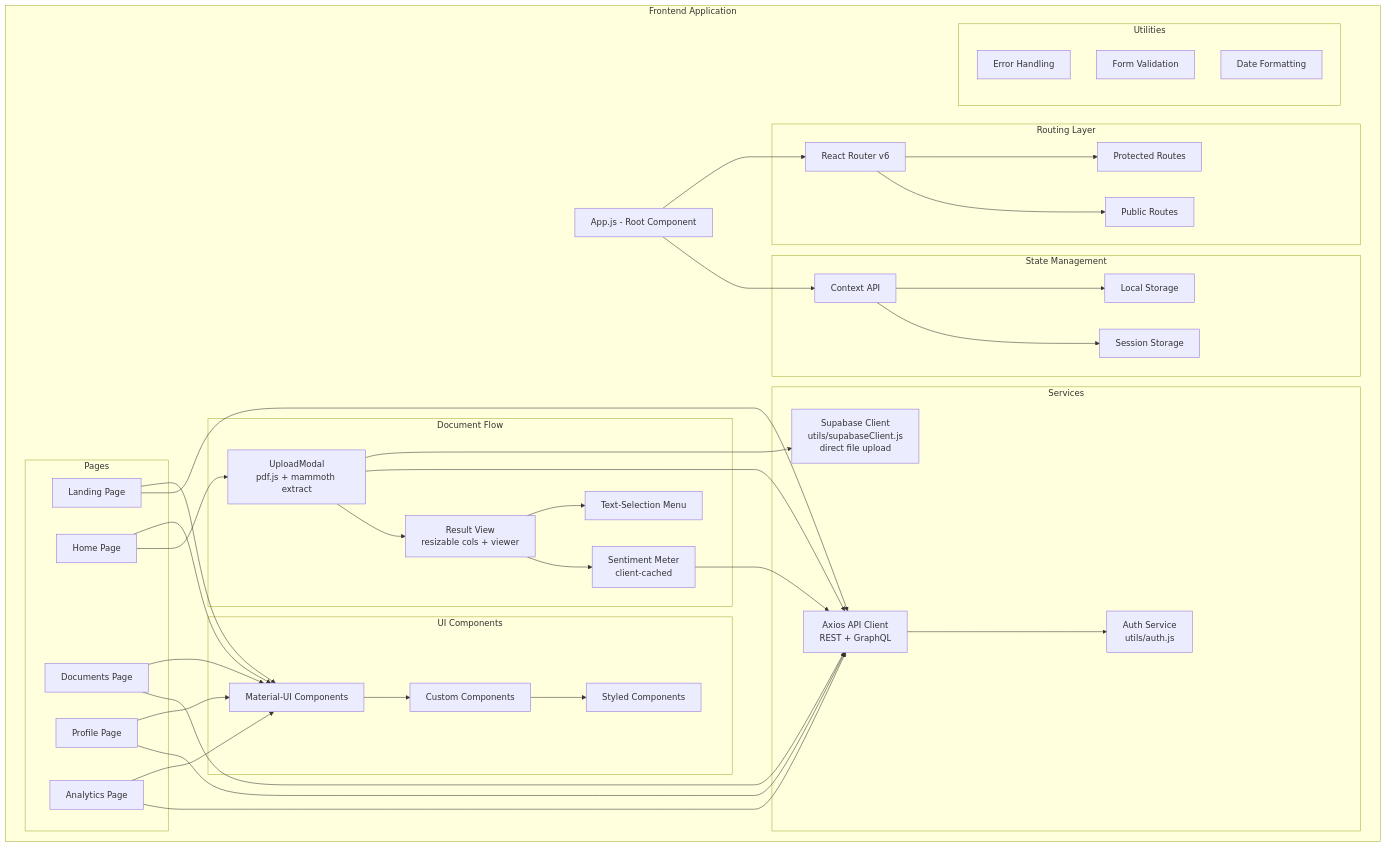
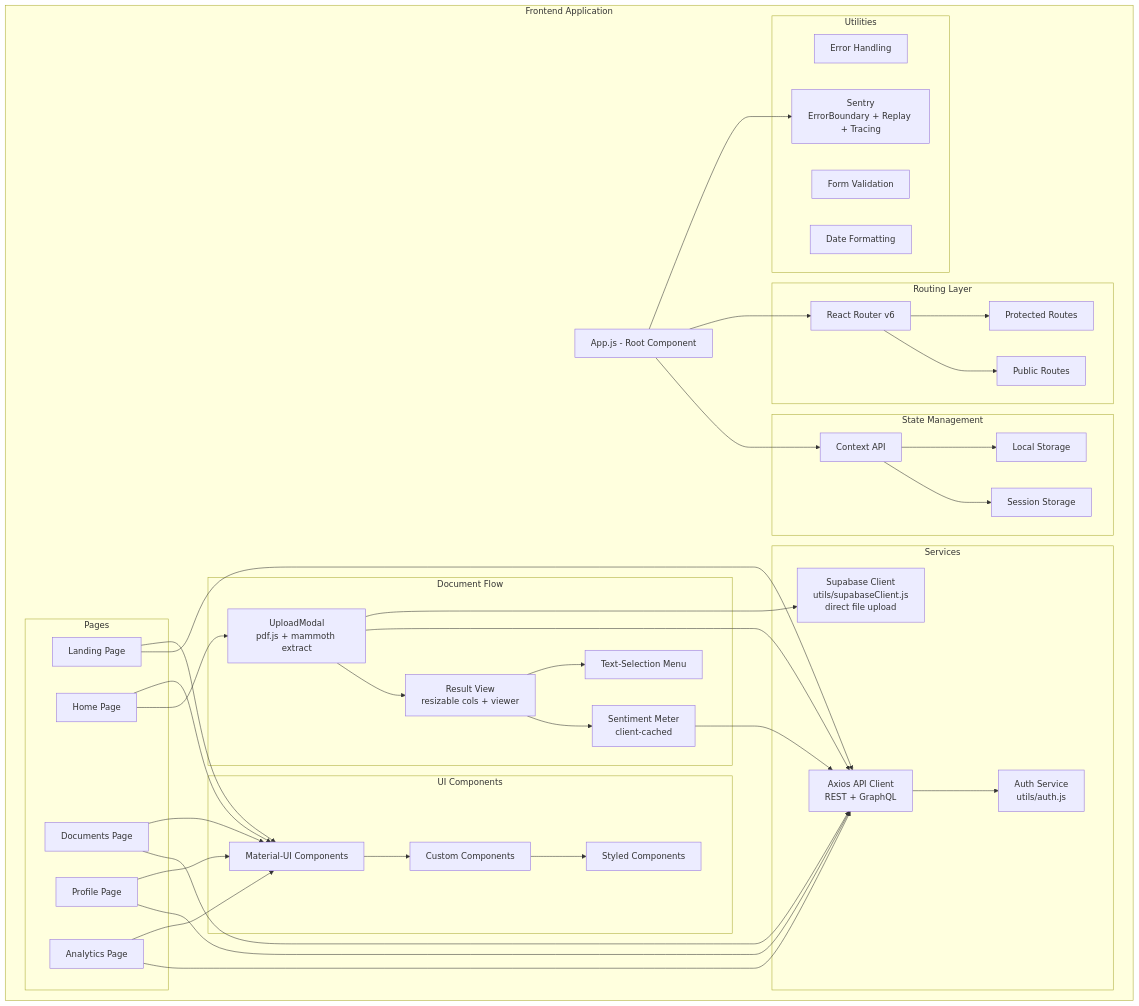
The third of 41 diagrams in ARCHITECTURE.md (hoangsonww/DocuThinker-AI-App), drawn with Mermaid before and after one commit. The commit also changed other lines of this file and 12 other files, not shown here.

````diff
--- a/ARCHITECTURE.md
+++ b/ARCHITECTURE.md
@@ -292,77 +295,79 @@
 ```mermaid
 graph TB
     subgraph "Frontend Application"
         A[App.js - Root Component]
 
         subgraph "Routing Layer"
             B[React Router v6]
             C[Protected Routes]
             D[Public Routes]
         end
 
         subgraph "State Management"
             E[Context API]
             F[Local Storage]
             G[Session Storage]
         end
 
         subgraph "UI Components"
             H[Material-UI Components]
             I[Custom Components]
             J[Styled Components]
         end
 
         subgraph "Pages"
             K[Landing Page]
             L[Home Page]
             M[Documents Page]
             N[Profile Page]
             O[Analytics Page]
         end
 
         subgraph "Services"
             P[Axios API Client<br/>REST + GraphQL]
             Q[Auth Service<br/>utils/auth.js]
             R[Supabase Client<br/>utils/supabaseClient.js<br/>direct file upload]
         end
 
         subgraph "Document Flow"
             UM[UploadModal<br/>pdf.js + mammoth extract]
             RV[Result View<br/>resizable cols + viewer]
             SEL[Text-Selection Menu]
             SM[Sentiment Meter<br/>client-cached]
         end
 
         subgraph "Utilities"
             S[Error Handling]
             T[Form Validation]
             U[Date Formatting]
+            SENT[Sentry<br/>ErrorBoundary + Replay + Tracing]
         end
     end
 
+    A --> SENT
     A --> B
     B --> C
     B --> D
     A --> E
     E --> F
     E --> G
     K --> H
     L --> H
     M --> H
     N --> H
     O --> H
     H --> I
     I --> J
     P --> Q
     L --> UM
     UM --> R
     UM --> P
     UM --> RV
     RV --> SEL
     RV --> SM
     SM --> P
     K --> P
     M --> P
     N --> P
     O --> P
 ```
````
